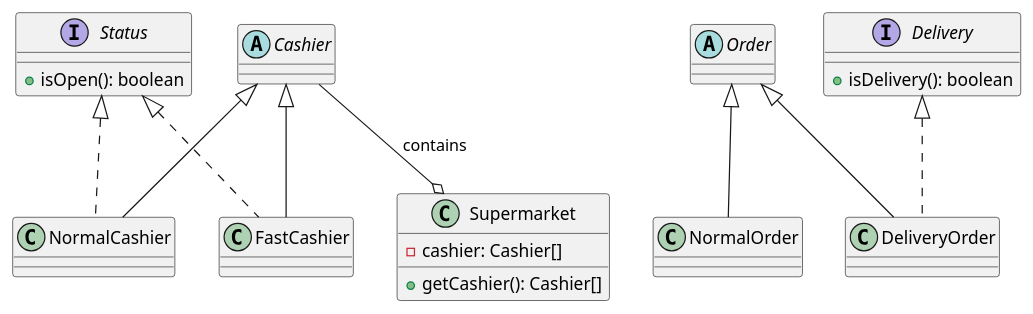
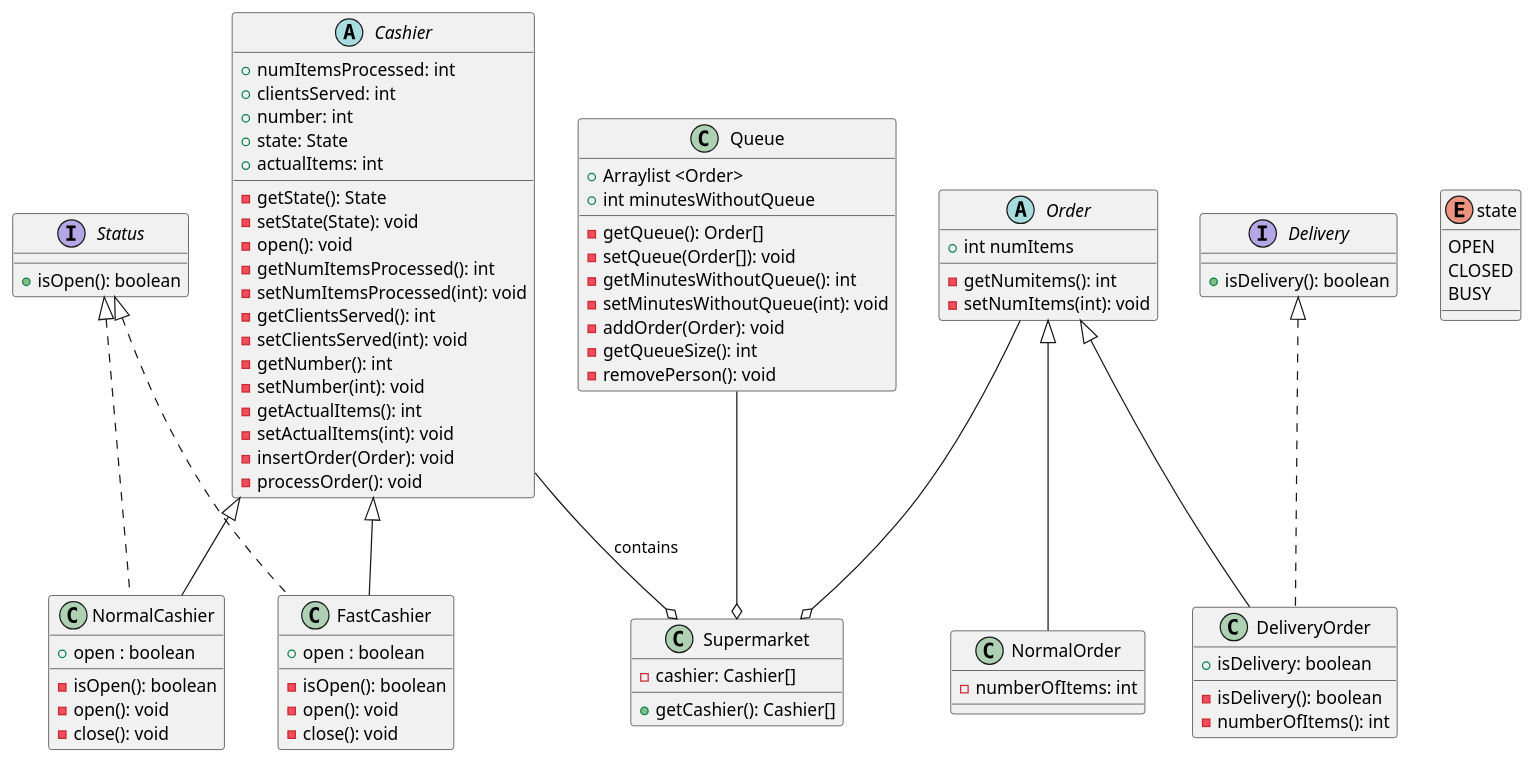
Before and after one commit to eabol/awesome-projects-prograii: the diagram in garciaCesar/CFC/out/production/CFC/CFC.puml, drawn with PlantUML. The commit also changed 18 other files, not shown here.

```diff
--- a/garciaCesar/CFC/out/production/CFC/CFC.puml
+++ b/garciaCesar/CFC/out/production/CFC/CFC.puml
@@ -1,46 +1,99 @@
 @startuml
 
 abstract class Cashier {
+    +numItemsProcessed: int
+    +clientsServed: int
+    +number: int
+    +state: State
+    +actualItems: int
+    -getState(): State
+    -setState(State): void
+    -open(): void
+    -getNumItemsProcessed(): int
+    -setNumItemsProcessed(int): void
+    -getClientsServed(): int
+    -setClientsServed(int): void
+    -getNumber(): int
+    -setNumber(int): void
+    -getActualItems(): int
+    -setActualItems(int): void
+    -insertOrder(Order): void
+    -processOrder(): void
 
 }
 
 class FastCashier {
+    +open : boolean
+    -isOpen(): boolean
+    -open(): void
+    -close(): void
 
 }
 
 class NormalCashier {
+    +open : boolean
+    -isOpen(): boolean
+    -open(): void
+    -close(): void
 
 }
 
 abstract class Order {
+    +int numItems
+    -getNumitems(): int
+    -setNumItems(int): void
+}
+
+enum state {
+    OPEN
+    CLOSED
+    BUSY
 }
 
 class NormalOrder {
+    -numberOfItems: int
 }
 
 class DeliveryOrder {
+    +isDelivery: boolean
+    -isDelivery(): boolean
+    -numberOfItems(): int
 }
 
 interface Status {
     +isOpen(): boolean
 }
 interface Delivery{
     +isDelivery(): boolean
+}
+class Queue {
+    +Arraylist <Order>
+    +int minutesWithoutQueue
+    -getQueue(): Order[]
+    -setQueue(Order[]): void
+    -getMinutesWithoutQueue(): int
+    -setMinutesWithoutQueue(int): void
+    -addOrder(Order): void
+    -getQueueSize(): int
+    -removePerson(): void
+
 }
 
 
 class Supermarket {
     -cashier: Cashier[]
     +getCashier(): Cashier[]
 }
 
 Cashier <|-- FastCashier
 Cashier <|-- NormalCashier
 Order <|-- NormalOrder
 Order <|-- DeliveryOrder
 Status <|.. FastCashier
 Status <|.. NormalCashier
 Delivery <|.. DeliveryOrder
 Cashier --o Supermarket : contains
+Queue --o Supermarket
+Order --o Supermarket
 
 @enduml
```
